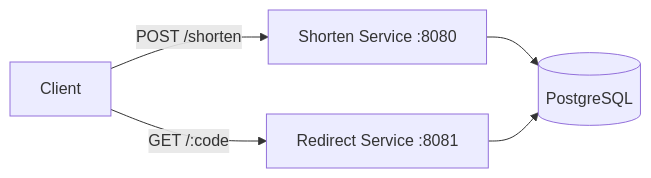
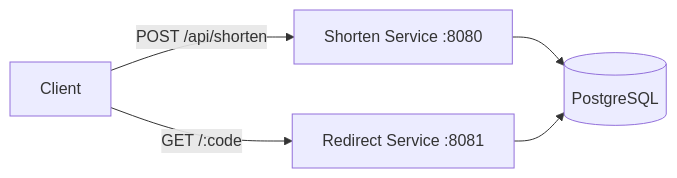
Before and after one commit to ElvisCtf/url-shortener-go: the diagram in README.md, drawn with Mermaid. The commit also changed other lines of this file and 1 other file, not shown here.

Commit message:
chore: Update /shorten to /api/shorten

````diff
--- a/README.md
+++ b/README.md
@@ -23,7 +23,7 @@
 ```mermaid
 graph LR
-    Client -->|POST /shorten| S[Shorten Service :8080];
+    Client -->|POST /api/shorten| S[Shorten Service :8080];
     Client -->|GET /:code| R[Redirect Service :8081];
     S --> DB[(PostgreSQL)];
     R --> DB;
 ```
````
